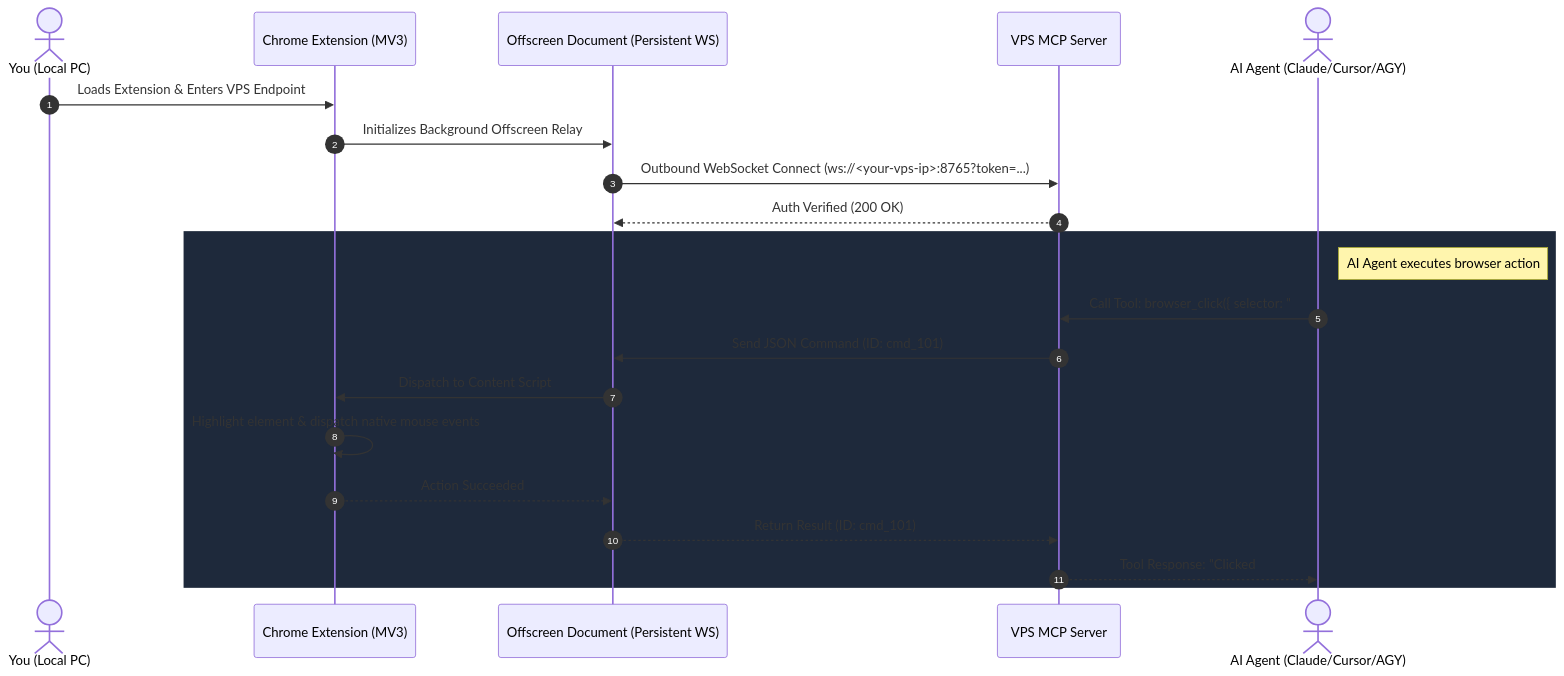
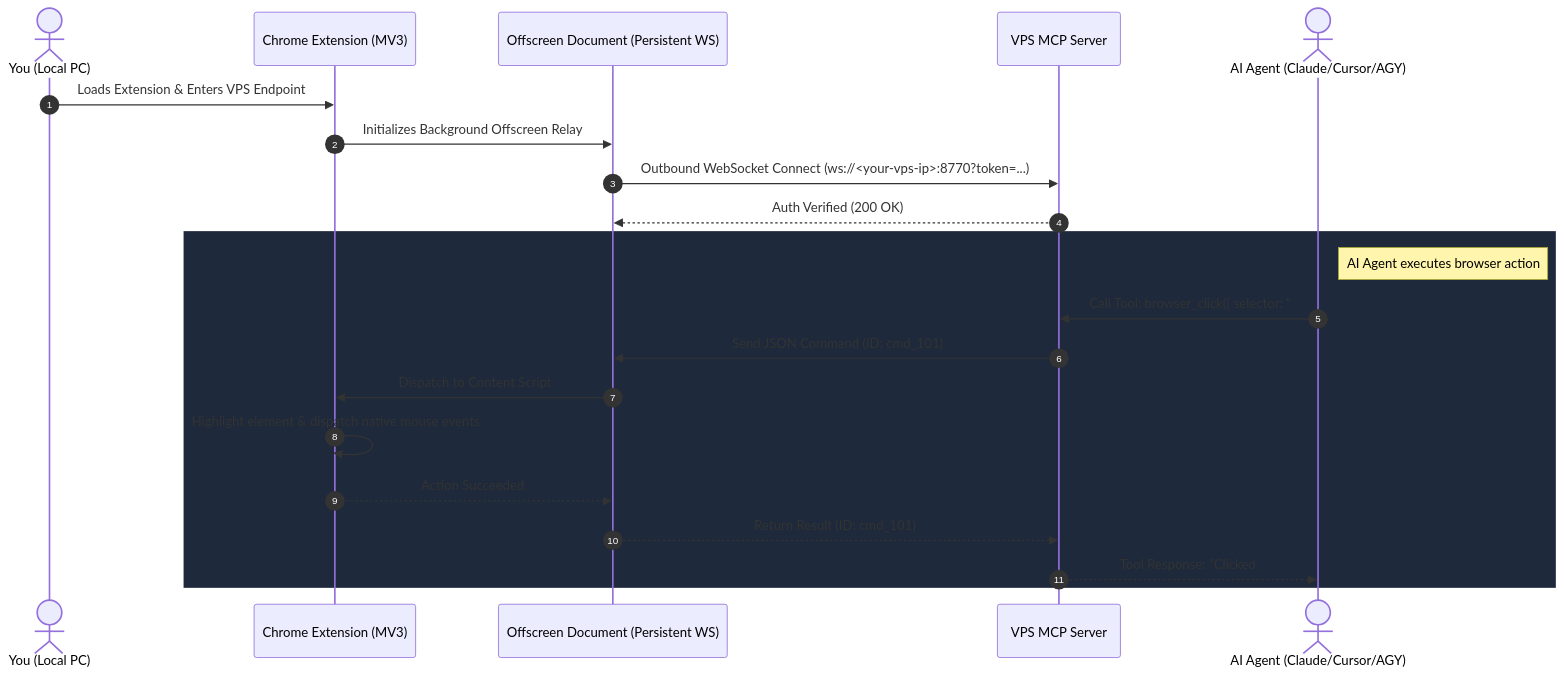
Before and after one commit to Fire162/browserpilot: the diagram in README.md, drawn with Mermaid. The commit also changed other lines of this file and 18 other files, not shown here.

````diff
--- a/README.md
+++ b/README.md
@@ -66,25 +66,25 @@
 ```mermaid
 sequenceDiagram
     autonumber
     actor User as You (Local PC)
     participant Ext as Chrome Extension (MV3)
     participant Relay as Offscreen Document (Persistent WS)
     participant MCP as VPS MCP Server
     actor Agent as AI Agent (Claude/Cursor/AGY)
 
     User->>Ext: Loads Extension & Enters VPS Endpoint
     Ext->>Relay: Initializes Background Offscreen Relay
-    Relay->>MCP: Outbound WebSocket Connect (ws://<your-vps-ip>:8765?token=...)
+    Relay->>MCP: Outbound WebSocket Connect (ws://<your-vps-ip>:8770?token=...)
     MCP-->>Relay: Auth Verified (200 OK)
     
     rect rgb(30, 41, 59)
         note right of Agent: AI Agent executes browser action
         Agent->>MCP: Call Tool: browser_click({ selector: "#submit" })
         MCP->>Relay: Send JSON Command (ID: cmd_101)
         Relay->>Ext: Dispatch to Content Script
         Ext->>Ext: Highlight element & dispatch native mouse events
         Ext-->>Relay: Action Succeeded
         Relay-->>MCP: Return Result (ID: cmd_101)
         MCP-->>Agent: Tool Response: "Clicked #submit successfully"
     end
 ```
````
